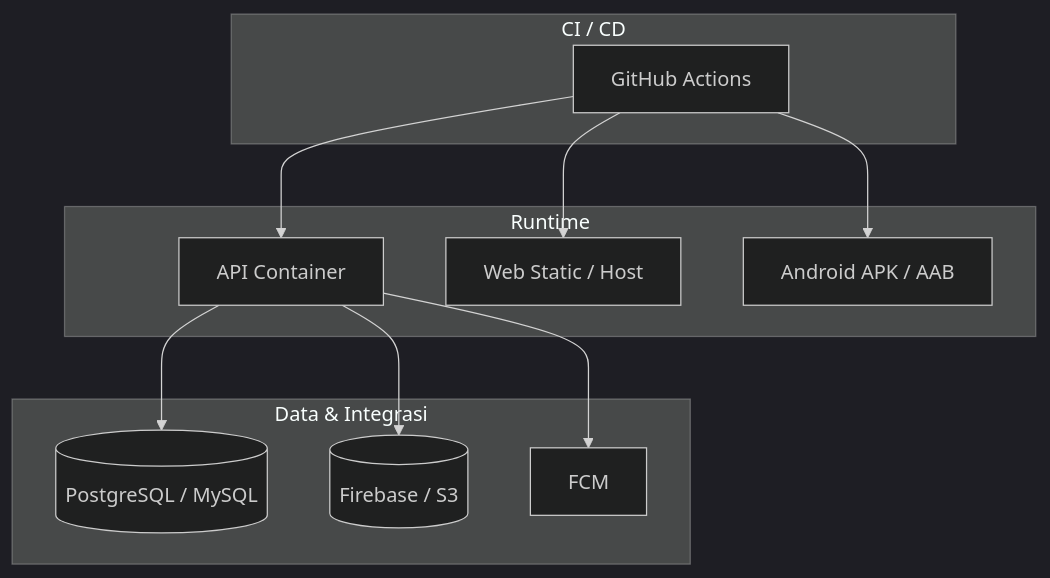
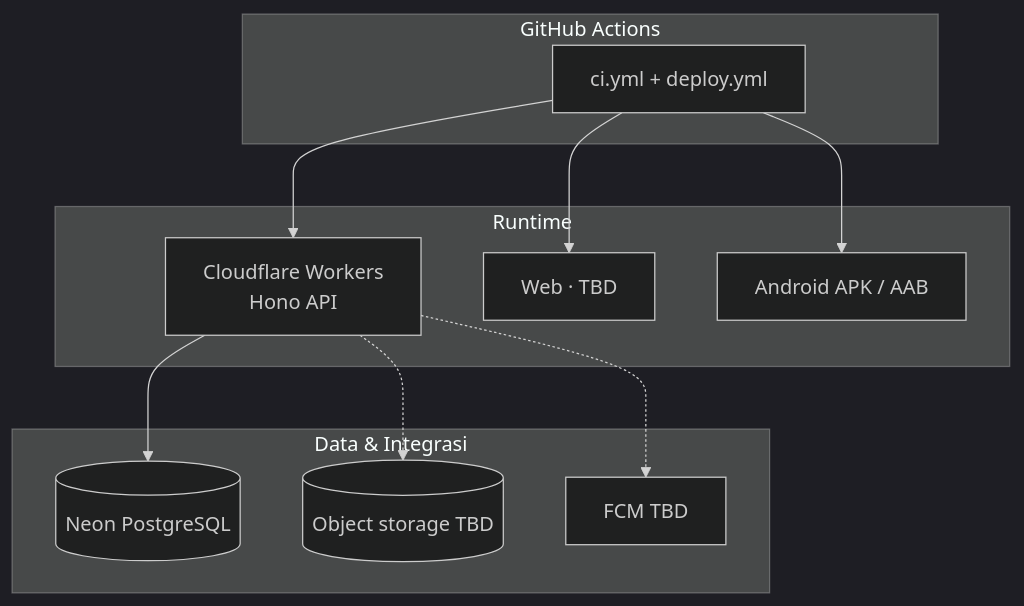
One commit to Capstone-Project-Team-B-2026/docs changed the sixth of 6 diagrams in docs/infrastructure.md. Above: the diagram before and after it, drawn with Mermaid (dark theme). The commit also changed other lines of this file and 1 other file, not shown here.

First line of the commit message:
docs: lock Vue web/Capacitor mobile stack and align PRD deps

````diff
--- a/docs/infrastructure.md
+++ b/docs/infrastructure.md
@@ -309,25 +371,25 @@
 ```mermaid
 flowchart TB
-  subgraph CI_CD[CI / CD]
-    GH[GitHub Actions]
+  subgraph CI_CD[GitHub Actions]
+    GH[ci.yml + deploy.yml]
   end
 
   subgraph Runtime
-    API[API Container]
-    WEB[Web Static / Host]
+    API[Cloudflare Workers<br/>Hono API]
+    WEB[Web · TBD]
     MOB[Android APK / AAB]
   end
 
   subgraph DataPlane[Data & Integrasi]
-    DB[(PostgreSQL / MySQL)]
-    S3[(Firebase / S3)]
-    FCM[FCM]
+    DB[(Neon PostgreSQL)]
+    Store[(Object storage TBD)]
+    FCM[FCM TBD]
   end
 
   GH --> API
   GH --> WEB
   GH --> MOB
   API --> DB
-  API --> S3
-  API --> FCM
+  API -.-> Store
+  API -.-> FCM
 ```
````
